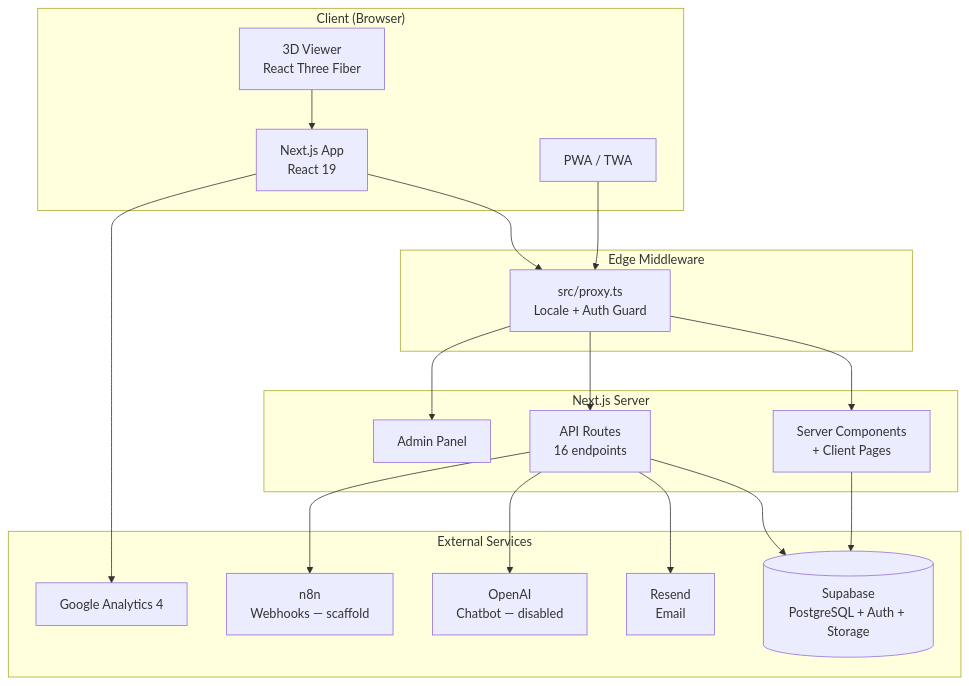
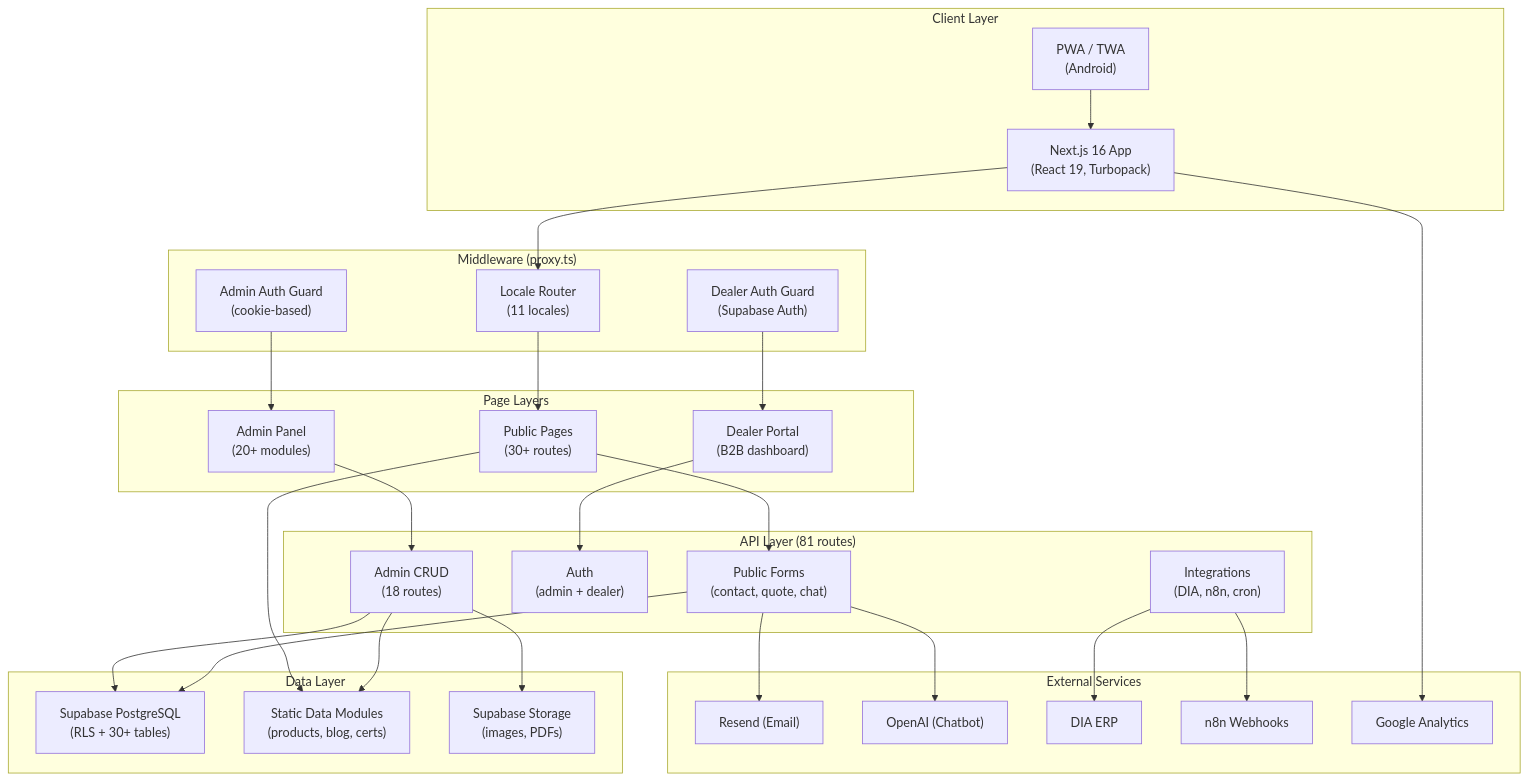
Before and after one commit to osrt91/kismetplastik: the first of 4 diagrams in docs/CODEBASE_MAP.md, drawn with Mermaid. The commit also changed other lines of this file and 47 other files, not shown here.

First line of the commit message:
feat: prior session work — DIA admin, order detail, invoices, dark mode fixes, docs

````diff
--- a/docs/CODEBASE_MAP.md
+++ b/docs/CODEBASE_MAP.md
@@ -13,39 +13,61 @@
 ```mermaid
 graph TB
-    subgraph Client["Client (Browser)"]
-        Web[Next.js App<br/>React 19]
-        PWA[PWA / TWA]
-        ThreeJS[3D Viewer<br/>React Three Fiber]
+    subgraph Client["Client Layer"]
+        Web["Next.js 16 App<br/>(React 19, Turbopack)"]
+        PWA["PWA / TWA<br/>(Android)"]
     end
 
-    subgraph Middleware["Edge Middleware"]
-        Proxy[src/proxy.ts<br/>Locale + Auth Guard]
+    subgraph Middleware["Middleware (proxy.ts)"]
+        LocaleRouter["Locale Router<br/>(11 locales)"]
+        AdminGuard["Admin Auth Guard<br/>(cookie-based)"]
+        DealerGuard["Dealer Auth Guard<br/>(Supabase Auth)"]
     end
 
-    subgraph Server["Next.js Server"]
-        Pages[Server Components<br/>+ Client Pages]
-        API[API Routes<br/>16 endpoints]
-        Admin[Admin Panel]
+    subgraph Pages["Page Layers"]
+        Public["Public Pages<br/>(30+ routes)"]
+        Admin["Admin Panel<br/>(20+ modules)"]
+        Dealer["Dealer Portal<br/>(B2B dashboard)"]
+    end
+
+    subgraph API["API Layer (81 routes)"]
+        PublicAPI["Public Forms<br/>(contact, quote, chat)"]
+        AuthAPI["Auth<br/>(admin + dealer)"]
+        AdminAPI["Admin CRUD<br/>(18 routes)"]
+        IntegrationAPI["Integrations<br/>(DIA, n8n, cron)"]
+    end
+
+    subgraph Data["Data Layer"]
+        Supabase["Supabase PostgreSQL<br/>(RLS + 30+ tables)"]
+        StaticData["Static Data Modules<br/>(products, blog, certs)"]
+        Storage["Supabase Storage<br/>(images, PDFs)"]
     end
 
     subgraph External["External Services"]
-        Supabase[(Supabase<br/>PostgreSQL + Auth + Storage)]
-        Resend[Resend<br/>Email]
-        OpenAI[OpenAI<br/>Chatbot — disabled]
-        N8N[n8n<br/>Webhooks — scaffold]
-        GA4[Google Analytics 4]
+        Resend["Resend (Email)"]
+        OpenAI["OpenAI (Chatbot)"]
+        DIA["DIA ERP"]
+        N8N["n8n Webhooks"]
+        GA["Google Analytics"]
     end
 
-    Web --> Proxy
-    PWA --> Proxy
-    Proxy --> Pages
-    Proxy --> API
-    Proxy --> Admin
-    Pages --> Supabase
-    API --> Supabase
-    API --> Resend
-    API --> OpenAI
-    API --> N8N
-    Web --> GA4
-    ThreeJS --> Web
+    Web --> LocaleRouter
+    PWA --> Web
+    LocaleRouter --> Public
+    AdminGuard --> Admin
+    DealerGuard --> Dealer
+
+    Public --> PublicAPI
+    Admin --> AdminAPI
+    Dealer --> AuthAPI
+
+    PublicAPI --> Supabase
+    AdminAPI --> Supabase
+    AdminAPI --> Storage
+    IntegrationAPI --> DIA
+    IntegrationAPI --> N8N
+    PublicAPI --> Resend
+    PublicAPI --> OpenAI
+    Web --> GA
+    AdminAPI --> StaticData
+    Public --> StaticData
 ```
````
